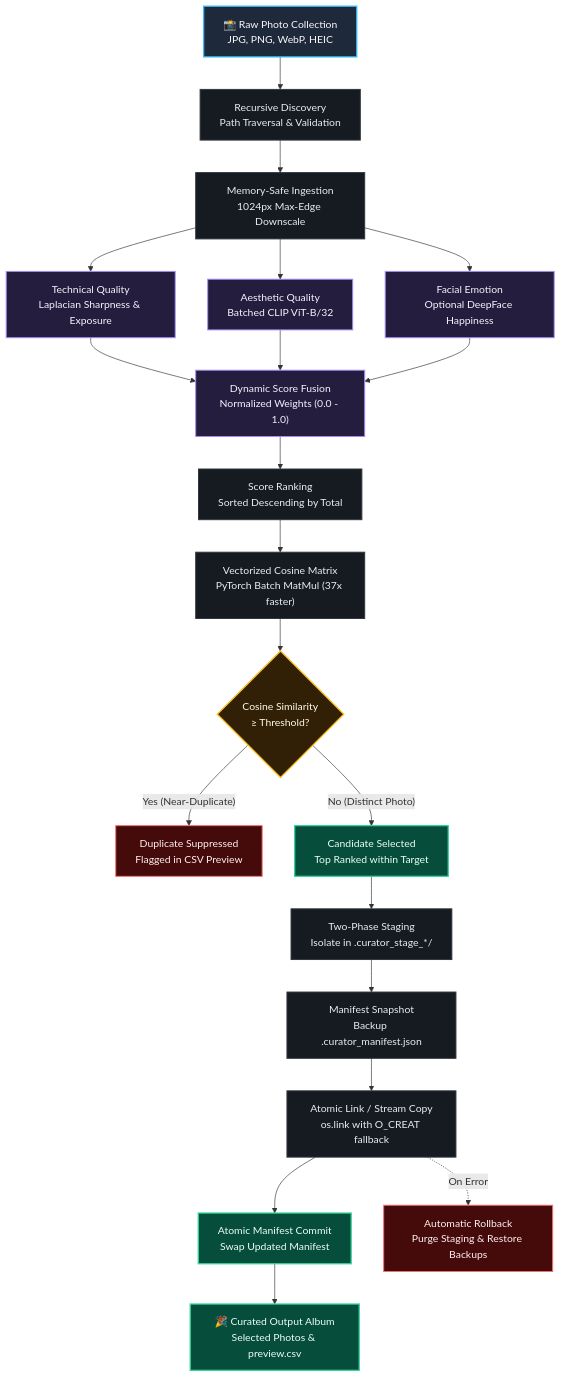
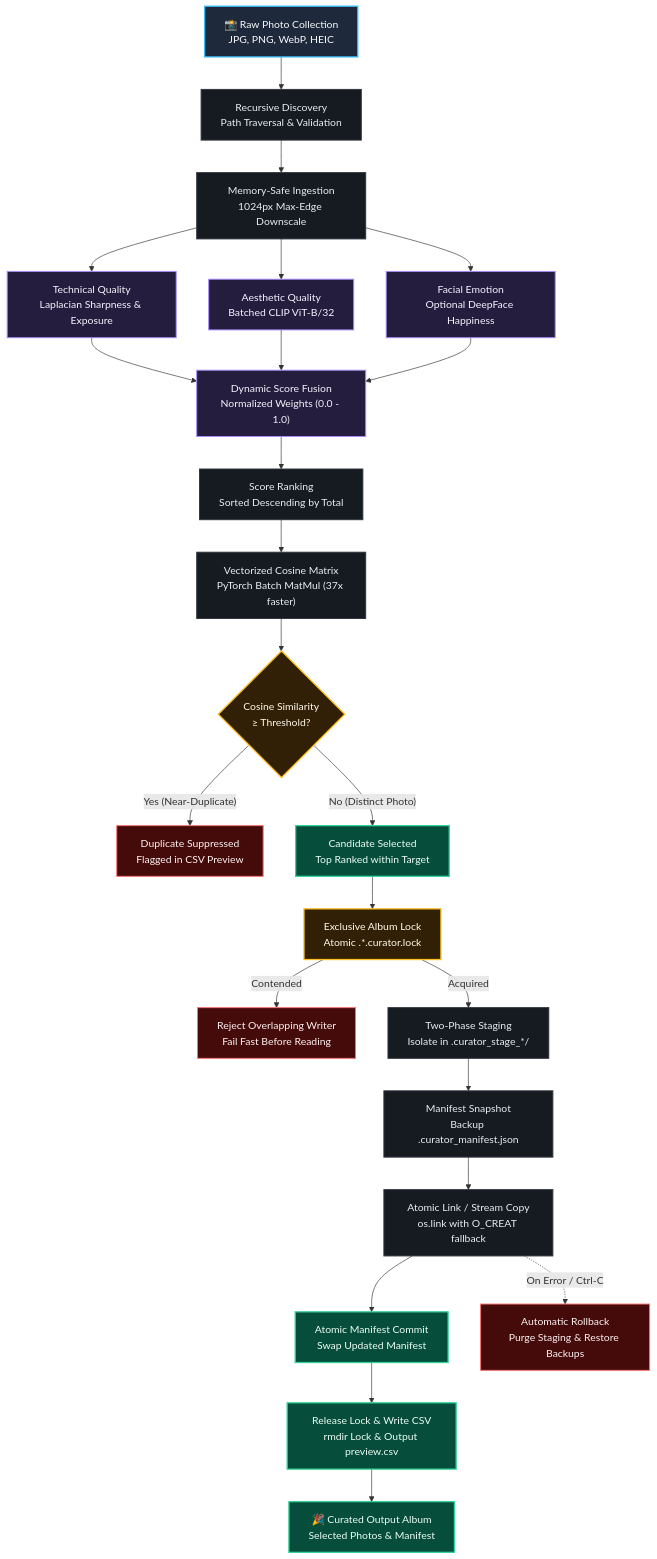
The diagram in README.md (bhargavkukadiya/ai-photo-curator), drawn with Mermaid before and after one commit. The commit also changed other lines of this file and 10 other files, not shown here.

````diff
--- a/README.md
+++ b/README.md
@@ -53,47 +53,50 @@
 ```mermaid
 flowchart TD
     %% Ingestion Stage
     RAW["📸 Raw Photo Collection<br/>JPG, PNG, WebP, HEIC"] --> DISCOVERY["Recursive Discovery<br/>Path Traversal & Validation"]
     DISCOVERY --> RESIZE["Memory-Safe Ingestion<br/>1024px Max-Edge Downscale"]
 
     %% Scoring Stage
     RESIZE --> TECH["Technical Quality<br/>Laplacian Sharpness & Exposure"]
     RESIZE --> AES["Aesthetic Quality<br/>Batched CLIP ViT-B/32"]
     RESIZE --> EMO["Facial Emotion<br/>Optional DeepFace Happiness"]
 
     TECH --> FUSION["Dynamic Score Fusion<br/>Normalized Weights (0.0 - 1.0)"]
     AES --> FUSION
     EMO --> FUSION
 
     %% Selection Stage
     FUSION --> RANK["Score Ranking<br/>Sorted Descending by Total"]
     RANK --> DEDUP["Vectorized Cosine Matrix<br/>PyTorch Batch MatMul (37x faster)"]
     DEDUP --> CHECK{"Cosine Similarity<br/>&ge; Threshold?"}
 
     CHECK -- "Yes (Near-Duplicate)" --> SUPPRESS["Duplicate Suppressed<br/>Flagged in CSV Preview"]
     CHECK -- "No (Distinct Photo)" --> SELECT["Candidate Selected<br/>Top Ranked within Target"]
 
     %% Storage Stage
-    SELECT --> STAGE["Two-Phase Staging<br/>Isolate in .curator_stage_*/"]
+    SELECT --> LOCK["Exclusive Album Lock<br/>Atomic .*.curator.lock"]
+    LOCK -- "Contended" --> REJECT["Reject Overlapping Writer<br/>Fail Fast Before Reading"]
+    LOCK -- "Acquired" --> STAGE["Two-Phase Staging<br/>Isolate in .curator_stage_*/"]
     STAGE --> BACKUP["Manifest Snapshot<br/>Backup .curator_manifest.json"]
     BACKUP --> COMMIT["Atomic Link / Stream Copy<br/>os.link with O_CREAT fallback"]
 
     COMMIT --> MANIFEST["Atomic Manifest Commit<br/>Swap Updated Manifest"]
-    COMMIT -. "On Error" .-> ROLLBACK["Automatic Rollback<br/>Purge Staging & Restore Backups"]
+    COMMIT -. "On Error / Ctrl-C" .-> ROLLBACK["Automatic Rollback<br/>Purge Staging & Restore Backups"]
 
-    MANIFEST --> OUT["🎉 Curated Output Album<br/>Selected Photos & preview.csv"]
+    MANIFEST --> UNLOCK["Release Lock & Write CSV<br/>rmdir Lock & Output preview.csv"]
+    UNLOCK --> OUT["🎉 Curated Output Album<br/>Selected Photos & Manifest"]
 
     %% Modern Theme Styling
     classDef default fill:#161b22,stroke:#30363d,stroke-width:1.5px,color:#e6edf3;
     classDef source fill:#1e293b,stroke:#38bdf8,stroke-width:2px,color:#f8fafc;
     classDef scoring fill:#241d3d,stroke:#a78bfa,stroke-width:1.5px,color:#f5f3ff;
     classDef decision fill:#312006,stroke:#fbbf24,stroke-width:2px,color:#fffbeb;
     classDef success fill:#064e3b,stroke:#34d399,stroke-width:2px,color:#ecfdf5;
     classDef failure fill:#450a0a,stroke:#f87171,stroke-width:1.5px,color:#fef2f2;
 
     class RAW source;
     class TECH,AES,EMO,FUSION scoring;
-    class CHECK decision;
-    class SELECT,MANIFEST,OUT success;
-    class SUPPRESS,ROLLBACK failure;
+    class CHECK,LOCK decision;
+    class SELECT,MANIFEST,UNLOCK,OUT success;
+    class SUPPRESS,REJECT,ROLLBACK failure;
 ```
````
